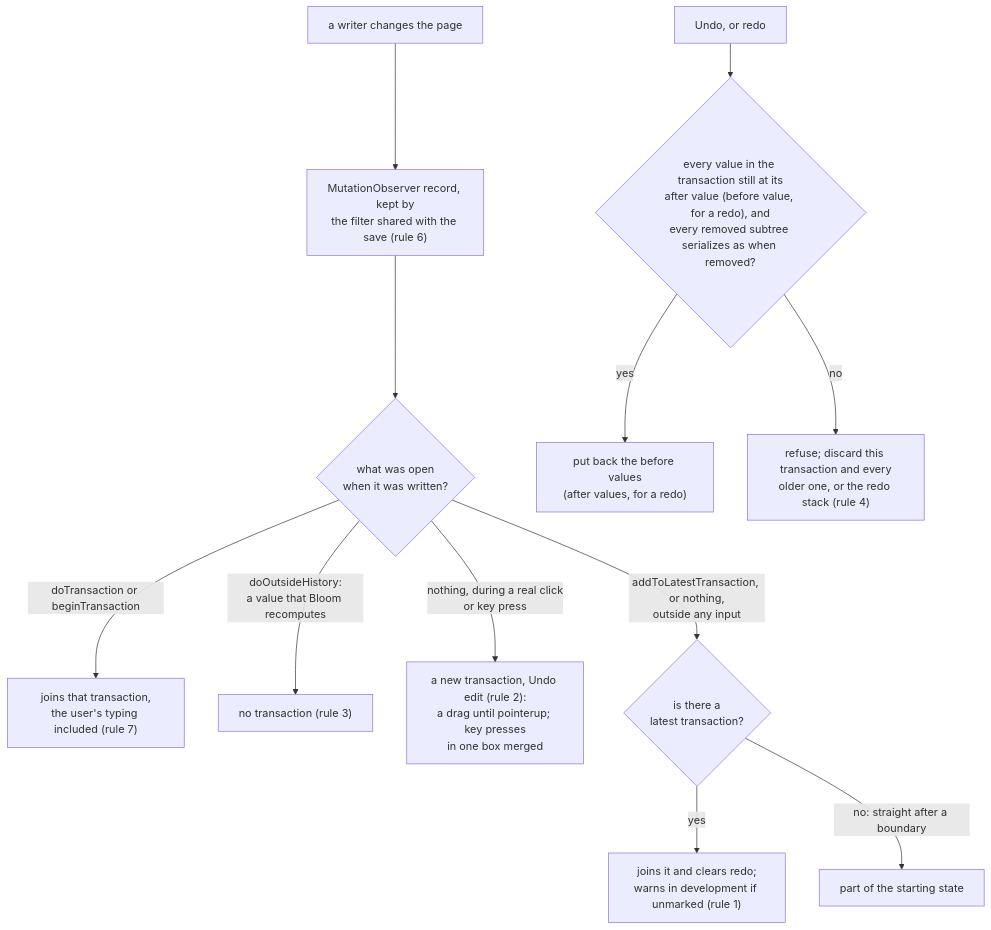
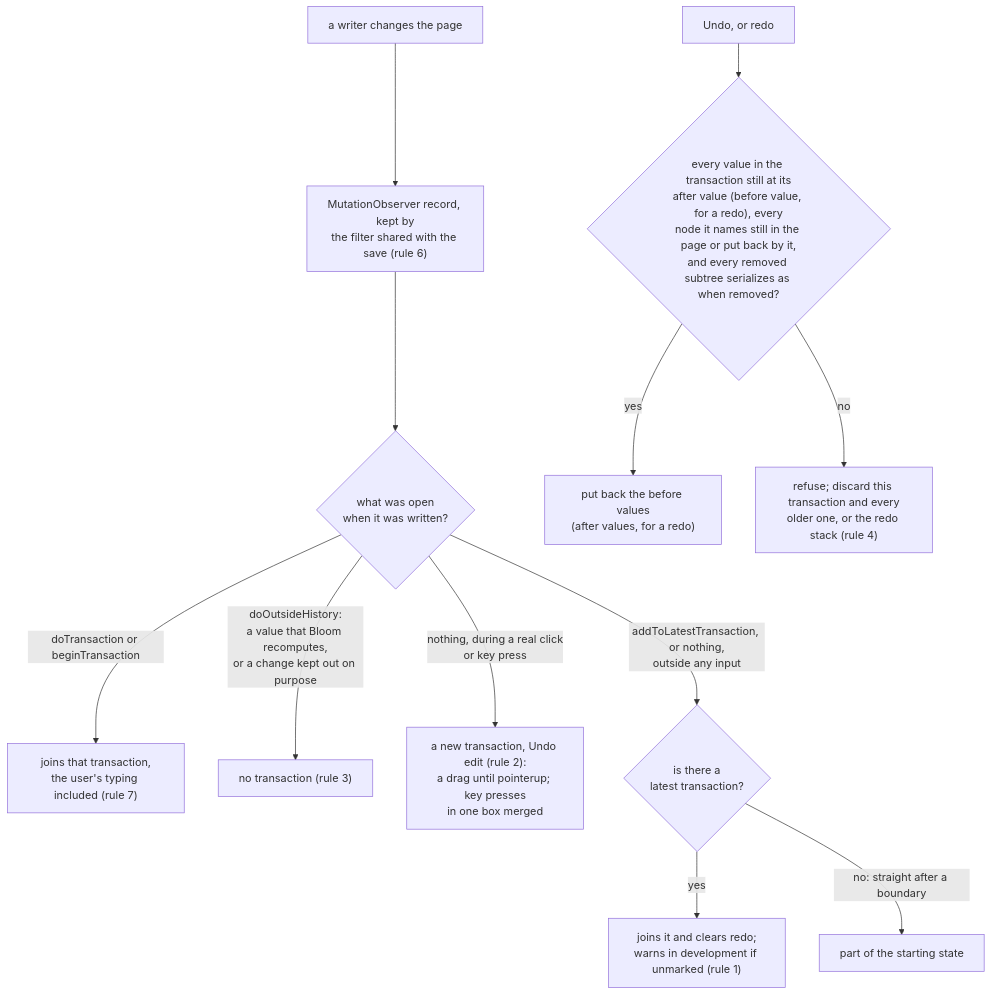
Before and after one commit to BloomBooks/BloomDesktop: the first of 10 diagrams in docs/undo/APPROACHES.md, drawn with Mermaid. The commit also changed other lines of this file and 3 other files, not shown here.

````diff
--- a/docs/undo/APPROACHES.md
+++ b/docs/undo/APPROACHES.md
@@ -317,14 +317,14 @@
 ```mermaid
 flowchart TD
   W["a writer changes the page"] --> F["MutationObserver record, kept by<br/>the filter shared with the save (rule 6)"]
   F --> Q{"what was open<br/>when it was written?"}
   Q -- "doTransaction or beginTransaction" --> T["joins that transaction,<br/>the user's typing included (rule 7)"]
-  Q -- "doOutsideHistory:<br/>a value that Bloom recomputes" --> S["no transaction (rule 3)"]
+  Q -- "doOutsideHistory:<br/>a value that Bloom recomputes,<br/>or a change kept out on purpose" --> S["no transaction (rule 3)"]
   Q -- "nothing, during a real click<br/>or key press" --> N["a new transaction, Undo edit (rule 2):<br/>a drag until pointerup; key presses<br/>in one box merged"]
   Q -- "addToLatestTransaction, or nothing,<br/>outside any input" --> L{"is there a<br/>latest transaction?"}
   L -- "yes" --> J["joins it and clears redo;<br/>warns in development if unmarked (rule 1)"]
   L -- "no: straight after a boundary" --> P["part of the starting state"]
-  U["Undo, or redo"] --> C{"every value in the transaction still at its<br/>after value (before value, for a redo), and<br/>every removed subtree serializes as when removed?"}
+  U["Undo, or redo"] --> C{"every value in the transaction still at its<br/>after value (before value, for a redo), every<br/>node it names still in the page or put back by it,<br/>and every removed subtree serializes as when removed?"}
   C -- "yes" --> A["put back the before values<br/>(after values, for a redo)"]
   C -- "no" --> R["refuse; discard this transaction and every<br/>older one, or the redo stack (rule 4)"]
 ```
````
